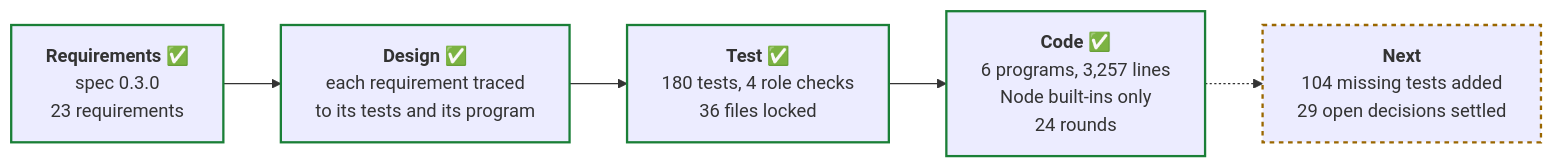
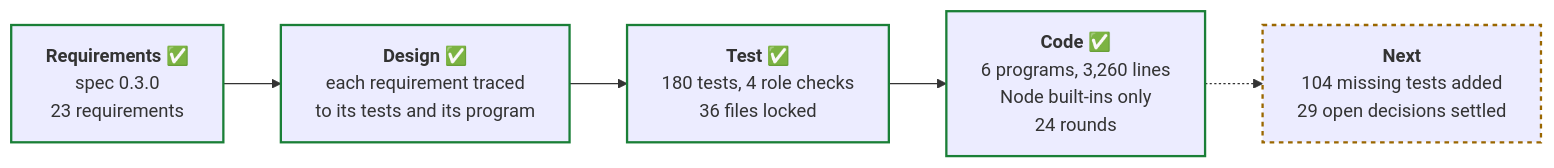
One commit to PaulDuvall/adlc-security-reviewer changed the third of 4 diagrams in README.md. Above: the diagram before and after it, drawn with Mermaid. The commit also changed 3 other files, not shown here.

````diff
--- a/README.md
+++ b/README.md
@@ -277,13 +277,13 @@
 ```mermaid
 flowchart LR
   req["<b>Requirements</b> ✅<br/>spec 0.3.0<br/>23 requirements"]
   des["<b>Design</b> ✅<br/>each requirement traced<br/>to its tests and its program"]
   tst["<b>Test</b> ✅<br/>180 tests, 4 role checks<br/>36 files locked"]
-  cod["<b>Code</b> ✅<br/>6 programs, 3,257 lines<br/>Node built-ins only<br/>24 rounds"]
+  cod["<b>Code</b> ✅<br/>6 programs, 3,260 lines<br/>Node built-ins only<br/>24 rounds"]
   nxt["<b>Next</b><br/>104 missing tests added<br/>29 open decisions settled"]
   req --> des --> tst --> cod -.-> nxt
   classDef done stroke:#1a7f37,stroke-width:2px
   classDef next stroke:#9a6700,stroke-width:2px,stroke-dasharray:4
   class req,des,tst,cod done
   class nxt next
 ```
````
